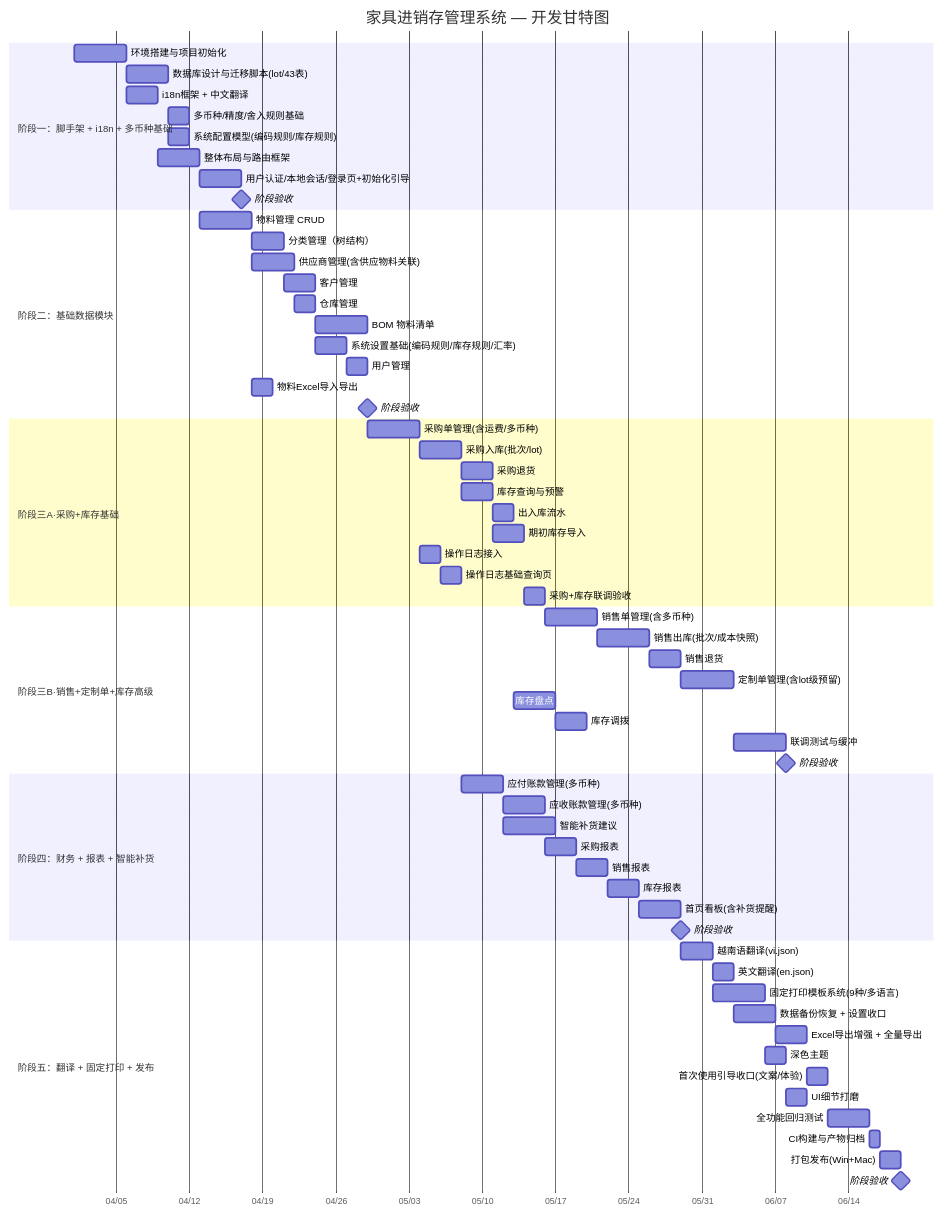
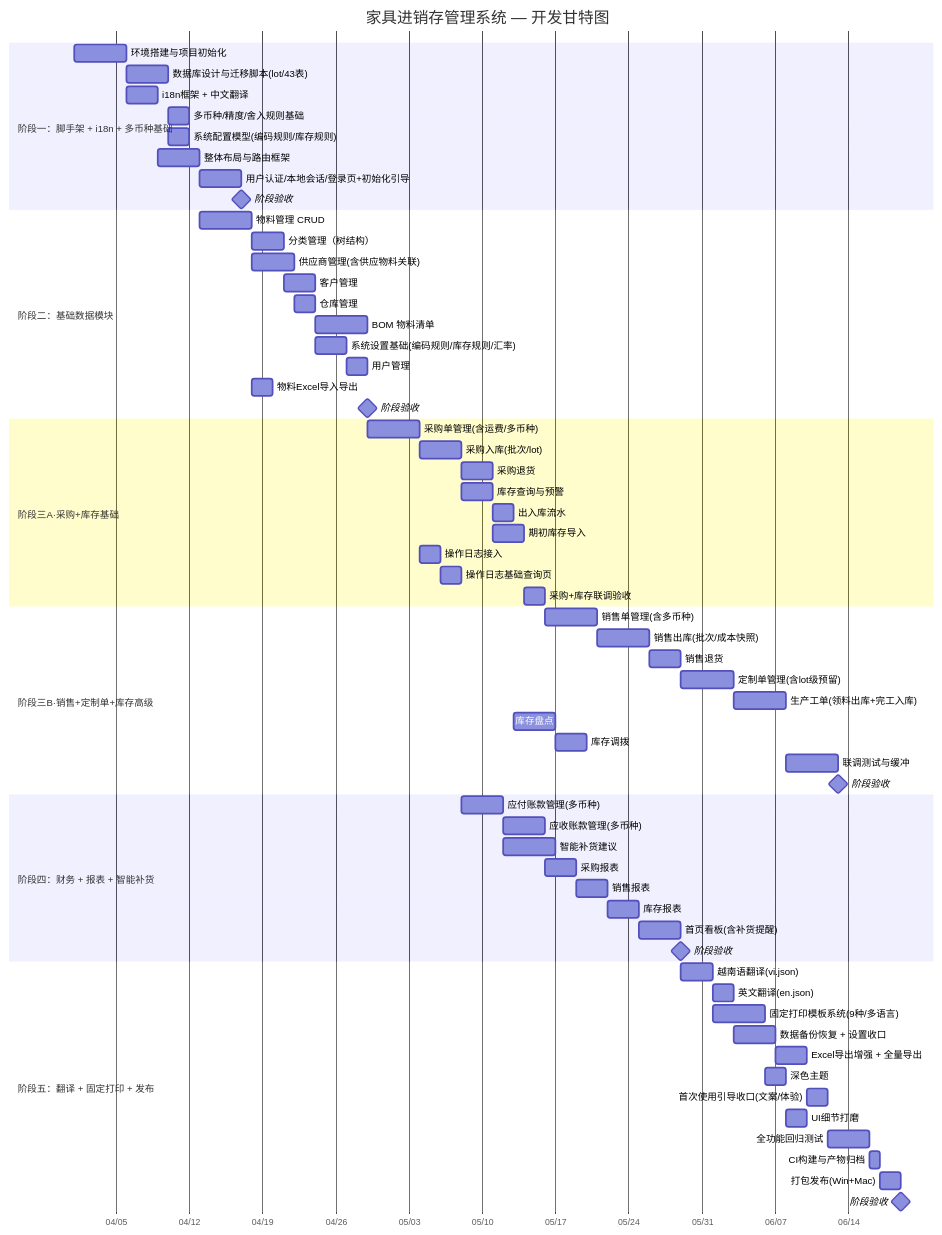
The diagram in docs/04-development-plan.md (kurisu994/CloudPivot), drawn with Mermaid before and after one commit. The commit also changed other lines of this file and 4 other files, not shown here.

````diff
--- a/docs/04-development-plan.md
+++ b/docs/04-development-plan.md
@@ -25,73 +25,74 @@
 ```mermaid
 gantt
     title 家具进销存管理系统 — 开发甘特图
     dateFormat  YYYY-MM-DD
     axisFormat  %m/%d
 
     section 阶段一：脚手架 + i18n + 多币种基础
     环境搭建与项目初始化         :a1, 2026-04-01, 5d
     数据库设计与迁移脚本(lot/43表) :a2, after a1, 4d
     i18n框架 + 中文翻译         :a3, after a1, 3d
     多币种/精度/舍入规则基础      :a4, after a2, 2d
     系统配置模型(编码规则/库存规则) :a5, after a2, 2d
     整体布局与路由框架           :a6, after a3, 4d
     用户认证/本地会话/登录页+初始化引导 :a7, after a6, 4d
     阶段验收                     :milestone, after a7, 0d
 
     section 阶段二：基础数据模块
     物料管理 CRUD                :b1, after a6, 5d
     分类管理（树结构）           :b2, after b1, 3d
     供应商管理(含供应物料关联)    :b3, after b1, 4d
     客户管理                     :b4, after b2, 3d
     仓库管理                     :b5, after b3, 2d
     BOM 物料清单                 :b6, after b4, 5d
     系统设置基础(编码规则/库存规则/汇率) :b7, after b5, 3d
     用户管理                     :b8, after b7, 2d
     物料Excel导入导出            :b9, after b1, 2d
     阶段验收                     :milestone, after b8, 0d
 
     section 阶段三A·采购+库存基础
     采购单管理(含运费/多币种)     :c1, after b6, 5d
     采购入库(批次/lot)            :c2, after c1, 4d
     采购退货                     :c3, after c2, 3d
     库存查询与预警               :c7, after c2, 3d
     出入库流水                   :c8, after c7, 2d
     期初库存导入                 :c9, after c7, 3d
     操作日志接入                 :c10, after c1, 2d
     操作日志基础查询页           :c10a, after c10, 2d
     采购+库存联调验收            :c_m, after c9, 2d
 
     section 阶段三B·销售+定制单+库存高级
     销售单管理(含多币种)         :c4, after c_m, 5d
     销售出库(批次/成本快照)        :c5, after c4, 5d
     销售退货                     :c6, after c5, 3d
     定制单管理(含lot级预留)      :c13, after c6, 5d
+    生产工单(领料出库+完工入库)   :c15, after c13, 5d
     库存盘点                     :c11, after c8, 4d
     库存调拨                     :c12, after c11, 3d
-    联调测试与缓冲               :c14, after c13, 5d
+    联调测试与缓冲               :c14, after c15, 5d
     阶段验收                     :milestone, after c14, 0d
 
     section 阶段四：财务 + 报表 + 智能补货
     应付账款管理(多币种)         :d1, after c2, 4d
     应收账款管理(多币种)         :d2, after d1, 4d
     智能补货建议                 :d3, after d1, 5d
     采购报表                     :d4, after d2, 3d
     销售报表                     :d5, after d4, 3d
     库存报表                     :d6, after d5, 3d
     首页看板(含补货提醒)         :d7, after d6, 4d
     阶段验收                     :milestone, after d7, 0d
 
     section 阶段五：翻译 + 固定打印 + 发布
     越南语翻译(vi.json)          :e1, after d7, 3d
     英文翻译(en.json)            :e2, after e1, 2d
     固定打印模板系统(9种/多语言)  :e3, after e1, 5d
     数据备份恢复 + 设置收口       :e4, after e2, 4d
     Excel导出增强 + 全量导出      :e5, after e4, 3d
     深色主题                     :e6, after e3, 2d
     首次使用引导收口(文案/体验)     :e7, after e5, 2d
     UI细节打磨                   :e8, after e6, 2d
     全功能回归测试               :e9, after e7, 4d
     CI构建与产物归档             :e10, after e9, 1d
     打包发布(Win+Mac)            :e11, after e10, 2d
     阶段验收                     :milestone, after e11, 0d
 ```
````
